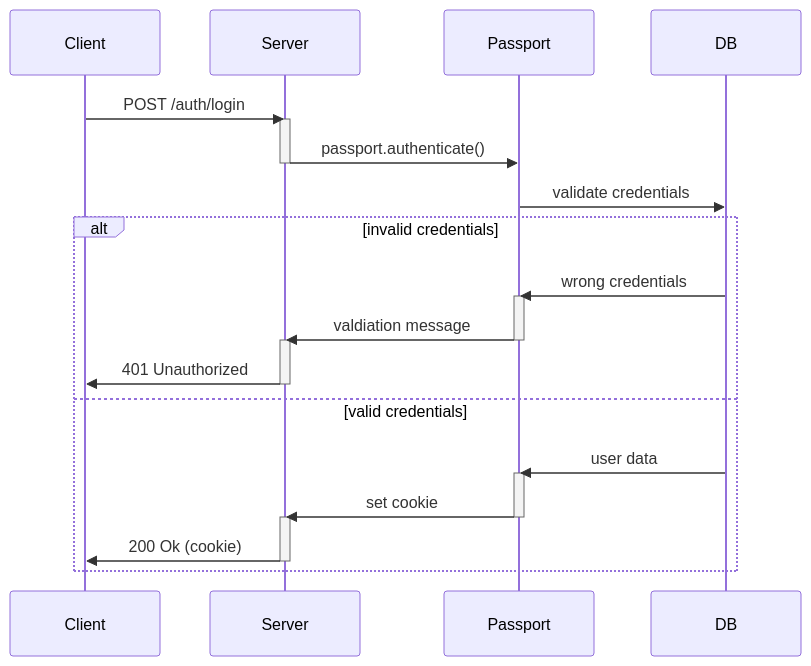
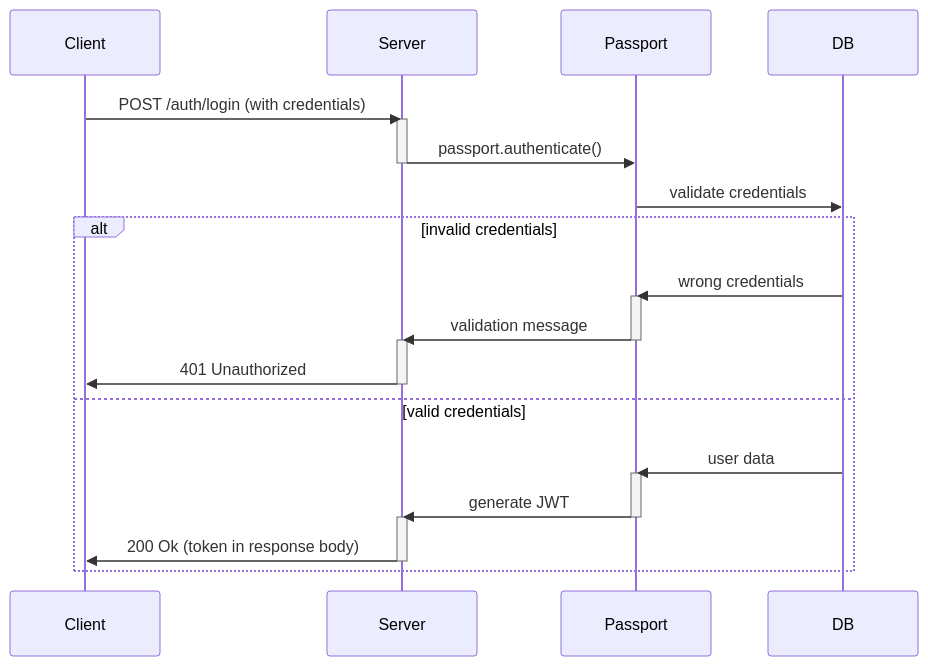
One commit to litoralcreativo/finmgmt changed the second of 2 diagrams in server/README.md. Above: the diagram before and after it, drawn with Mermaid. The commit also changed other lines of this file and 2 other files, not shown here.

````diff
--- a/server/README.md
+++ b/server/README.md
@@ -32,29 +101,29 @@
 ```mermaid
 sequenceDiagram
    participant Client
    participant Server
    participant Passport
 
-   Client->>Server: POST /auth/login
+   Client->>Server: POST /auth/login (with credentials)
       activate Server
    Server->>Passport: passport.authenticate()
       deactivate Server
    Passport->>DB: validate credentials
    alt invalid credentials
       DB->>Passport: wrong credentials
          activate Passport
-      Passport->>Server: valdiation message
+      Passport->>Server: validation message
          deactivate Passport
          activate Server
       Server->>Client: 401 Unauthorized
          deactivate Server
    else valid credentials
       DB->>Passport: user data
          activate Passport
-      Passport->>Server: set cookie
+      Passport->>Server: generate JWT
          deactivate Passport
          activate Server
-      Server->>Client: 200 Ok (cookie)
+      Server->>Client: 200 Ok (token in response body)
          deactivate Server
    end
 ```
````
